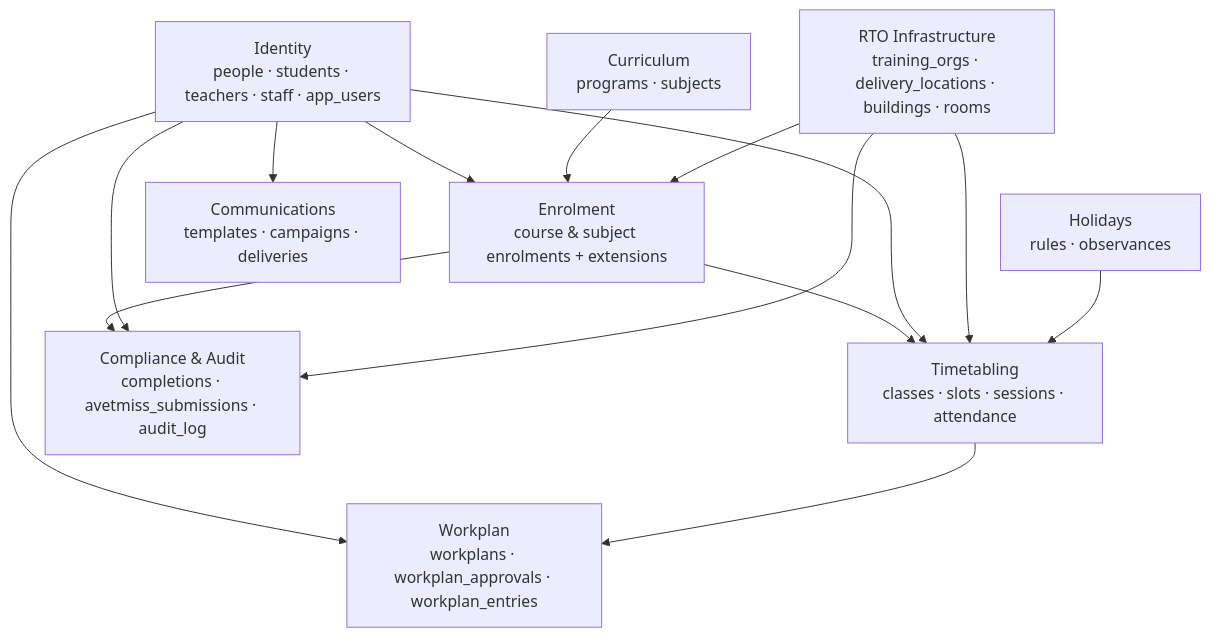
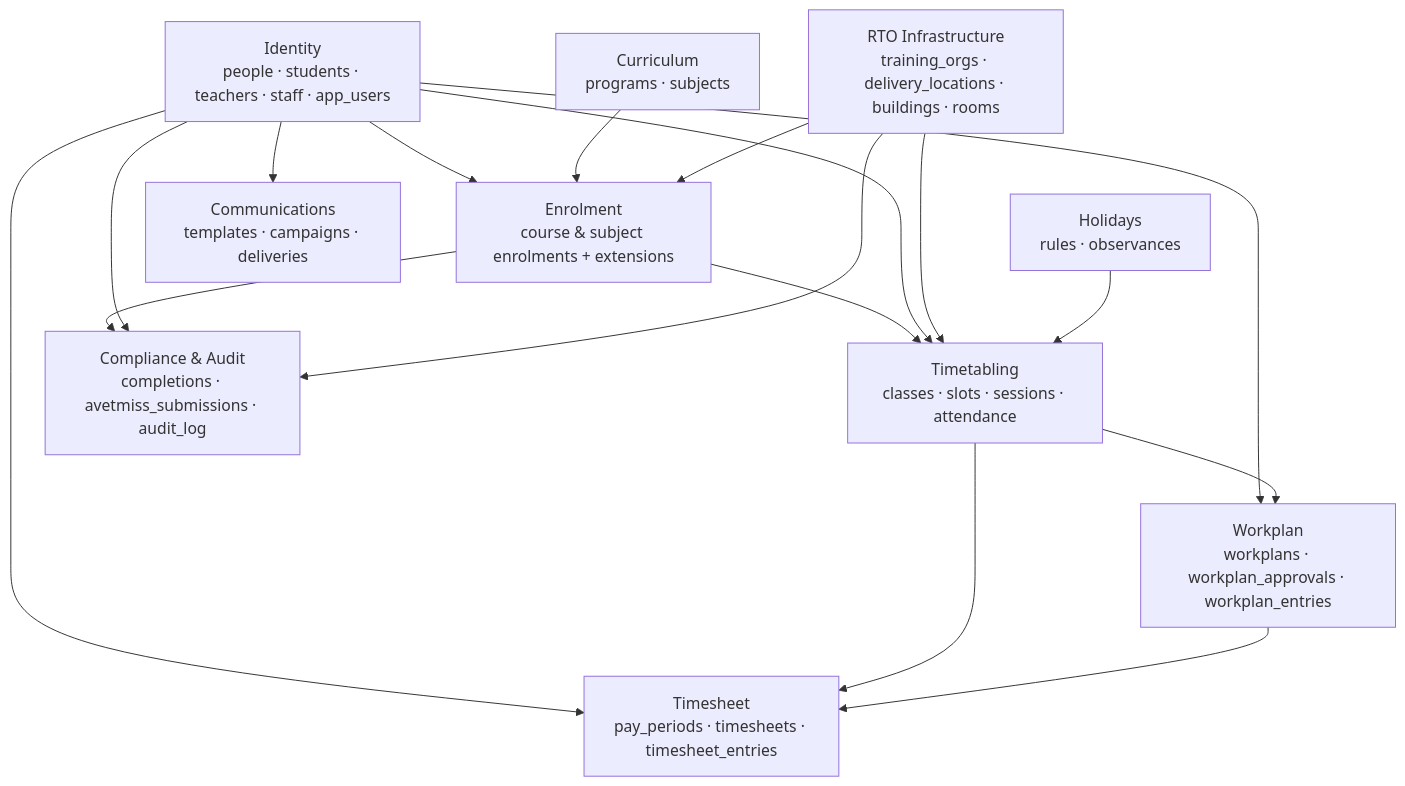
The first of 11 diagrams in docs/DATABASE.md (harleycalvert/nvims), drawn with Mermaid before and after one commit. The commit also changed other lines of this file and 2 other files, not shown here.

Commit message:
Timesheets support added.

````diff
--- a/docs/DATABASE.md
+++ b/docs/DATABASE.md
@@ -73,26 +77,30 @@
 ```mermaid
 graph TD
     P[Identity<br/>people · students · teachers · staff · app_users]
     C[Curriculum<br/>programs · subjects]
     E[Enrolment<br/>course & subject enrolments + extensions]
     I[RTO Infrastructure<br/>training_orgs · delivery_locations · buildings · rooms]
     T[Timetabling<br/>classes · slots · sessions · attendance]
     H[Holidays<br/>rules · observances]
     M[Communications<br/>templates · campaigns · deliveries]
     A[Compliance & Audit<br/>completions · avetmiss_submissions · audit_log]
     W[Workplan<br/>workplans · workplan_approvals · workplan_entries]
+    S[Timesheet<br/>pay_periods · timesheets · timesheet_entries]
 
     P --> E
     C --> E
     I --> E
     E --> T
     P --> T
     I --> T
     H --> T
     P --> M
     E --> A
     P --> A
     I --> A
     P --> W
     T --> W
+    P --> S
+    T --> S
+    W --> S
 ```
````
